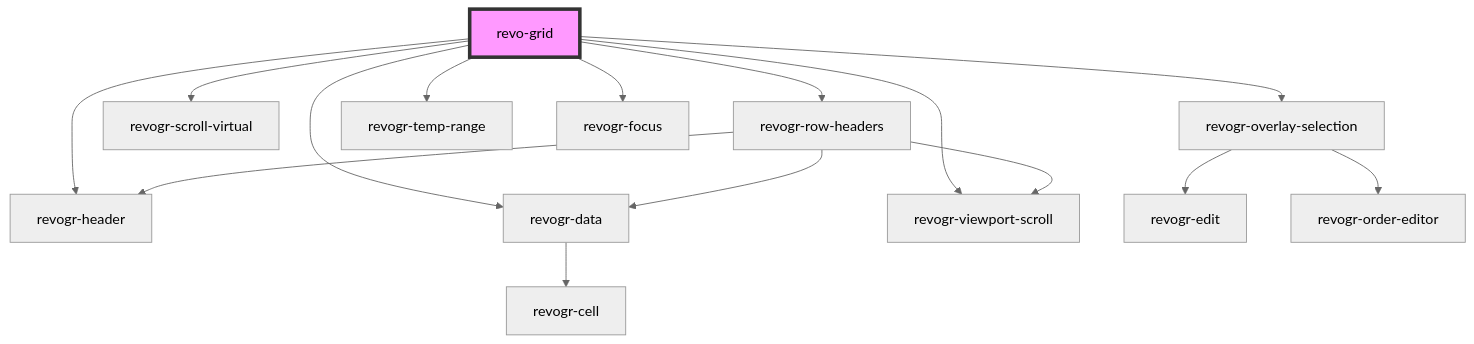
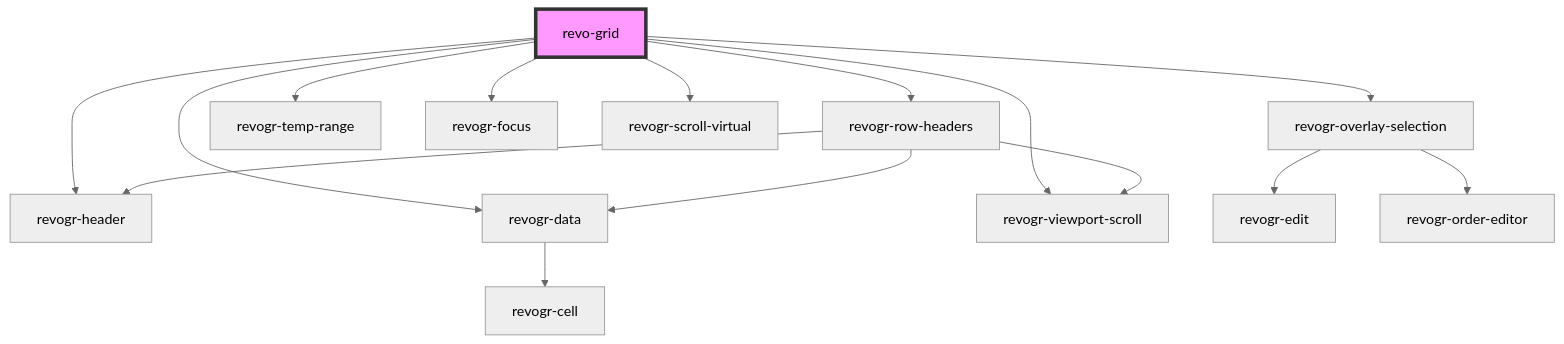
One commit to revolist/revogrid changed the diagram in src/components/revoGrid/readme.md. Above: the diagram before and after it, drawn with Mermaid (neutral theme). The commit also changed other lines of this file and 79 other files, not shown here.

````diff
--- a/src/components/revoGrid/readme.md
+++ b/src/components/revoGrid/readme.md
@@ -338,18 +441,18 @@
 ```mermaid
 graph TD;
   revo-grid --> revogr-row-headers
-  revo-grid --> revogr-scroll-virtual
   revo-grid --> revogr-header
   revo-grid --> revogr-overlay-selection
   revo-grid --> revogr-data
   revo-grid --> revogr-temp-range
   revo-grid --> revogr-focus
   revo-grid --> revogr-viewport-scroll
+  revo-grid --> revogr-scroll-virtual
   revogr-row-headers --> revogr-data
   revogr-row-headers --> revogr-viewport-scroll
   revogr-row-headers --> revogr-header
   revogr-data --> revogr-cell
   revogr-overlay-selection --> revogr-edit
   revogr-overlay-selection --> revogr-order-editor
   style revo-grid fill:#f9f,stroke:#333,stroke-width:4px
 ```
````
